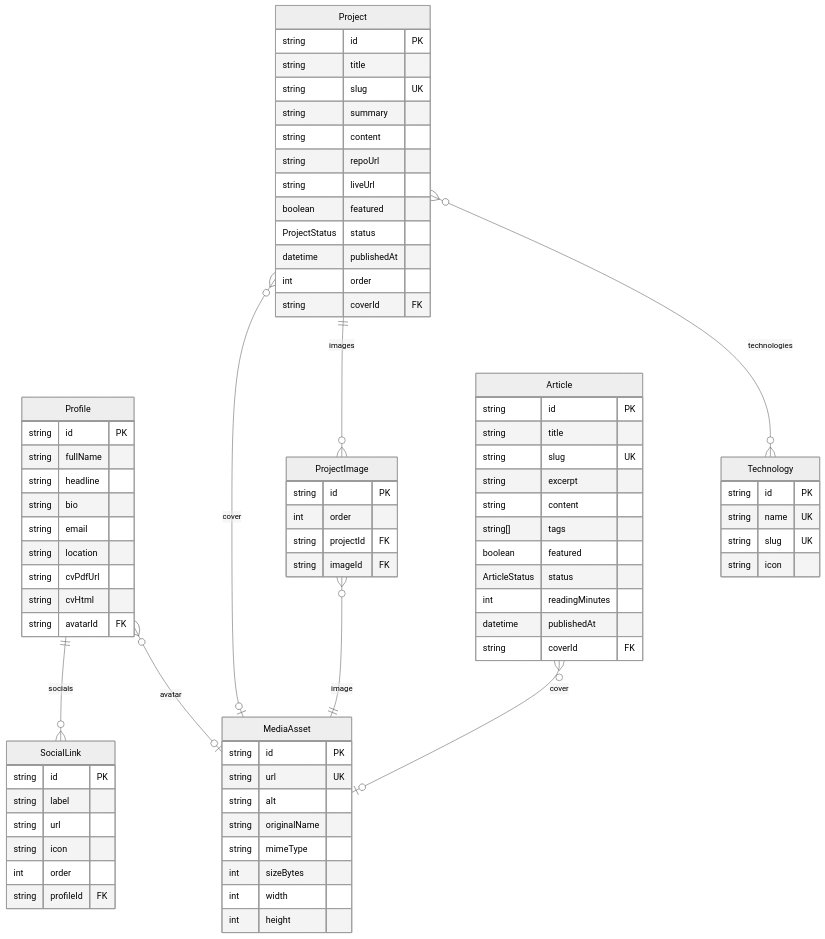
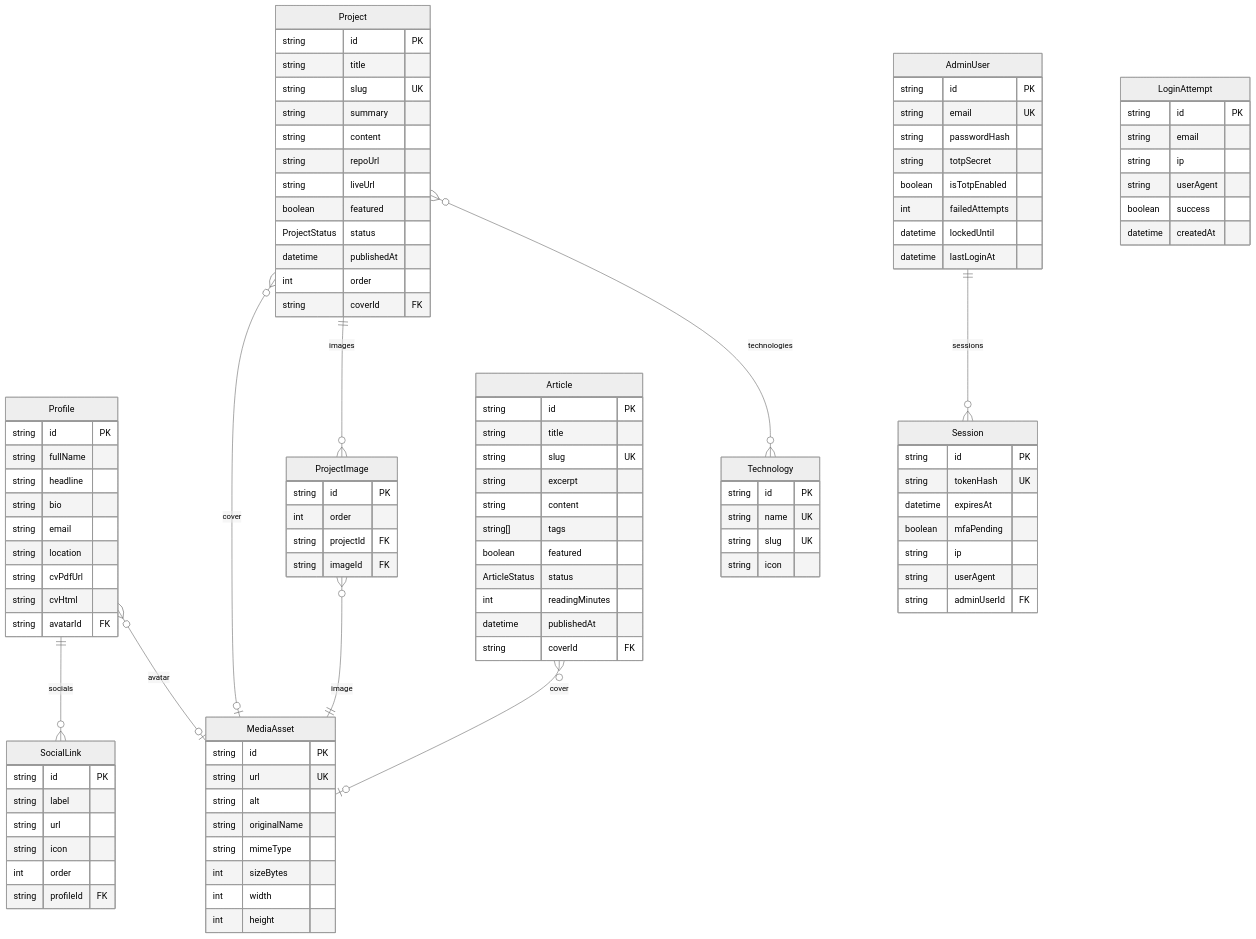
One commit to YoguiRecords/portfolio_v1 changed the diagram in docs/erd/schema_erd_global.md. Above: the diagram before and after it, drawn with Mermaid (neutral theme). The commit also changed other lines of this file and 8 other files, not shown here.

```diff
--- a/docs/erd/schema_erd_global.md
+++ b/docs/erd/schema_erd_global.md
@@ -11,7 +11,35 @@
     Project }o--o{ Technology : "technologies"
     ProjectImage }o--|| MediaAsset : "image"
     Article }o--o| MediaAsset : "cover"
+    AdminUser ||--o{ Session : "sessions"
 
+    AdminUser {
+        string id PK
+        string email UK
+        string passwordHash
+        string totpSecret
+        boolean isTotpEnabled
+        int failedAttempts
+        datetime lockedUntil
+        datetime lastLoginAt
+    }
+    Session {
+        string id PK
+        string tokenHash UK
+        datetime expiresAt
+        boolean mfaPending
+        string ip
+        string userAgent
+        string adminUserId FK
+    }
+    LoginAttempt {
+        string id PK
+        string email
+        string ip
+        string userAgent
+        boolean success
+        datetime createdAt
+    }
     Profile {
         string id PK
         string fullName
```
